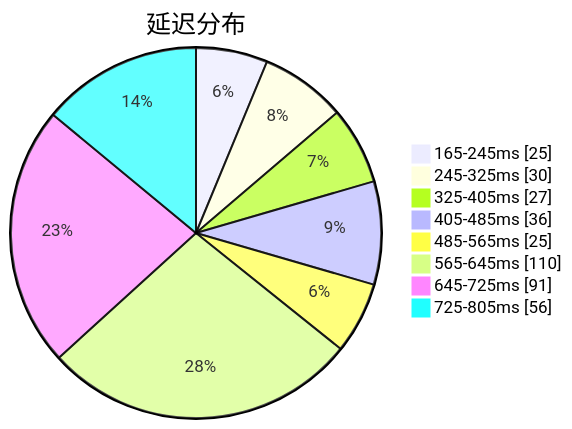
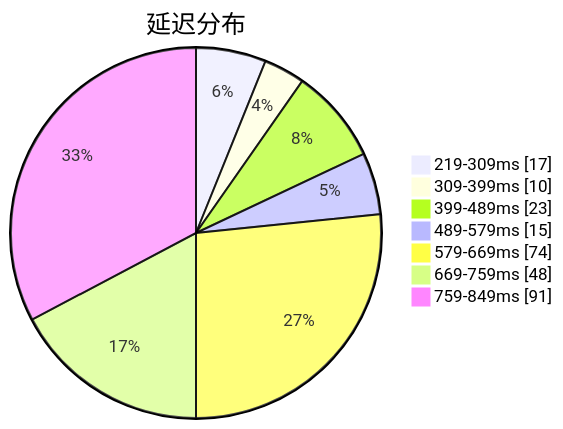
The first of 3 diagrams in subs/statistics/tested_within.md (qjlxg/airport), drawn with Mermaid before and after one commit. The commit also changed other lines of this file and 2 other files, not shown here.

Commit message:
Tested by metaST

````diff
--- a/subs/statistics/tested_within.md
+++ b/subs/statistics/tested_within.md
@@ -2,12 +2,11 @@
 ```mermaid
 pie showData
 title 延迟分布
-"165-245ms" : 25
-"245-325ms" : 30
-"325-405ms" : 27
-"405-485ms" : 36
-"485-565ms" : 25
-"565-645ms" : 110
-"645-725ms" : 91
-"725-805ms" : 56
+"219-309ms" : 17
+"309-399ms" : 10
+"399-489ms" : 23
+"489-579ms" : 15
+"579-669ms" : 74
+"669-759ms" : 48
+"759-849ms" : 91
 ```
````
